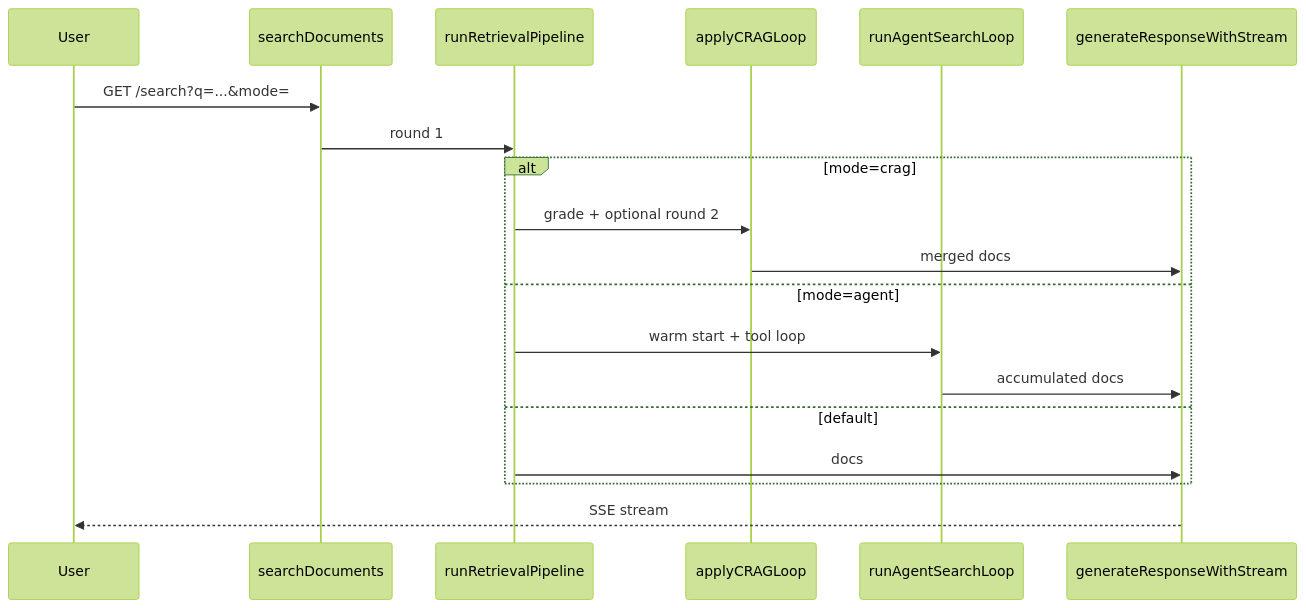
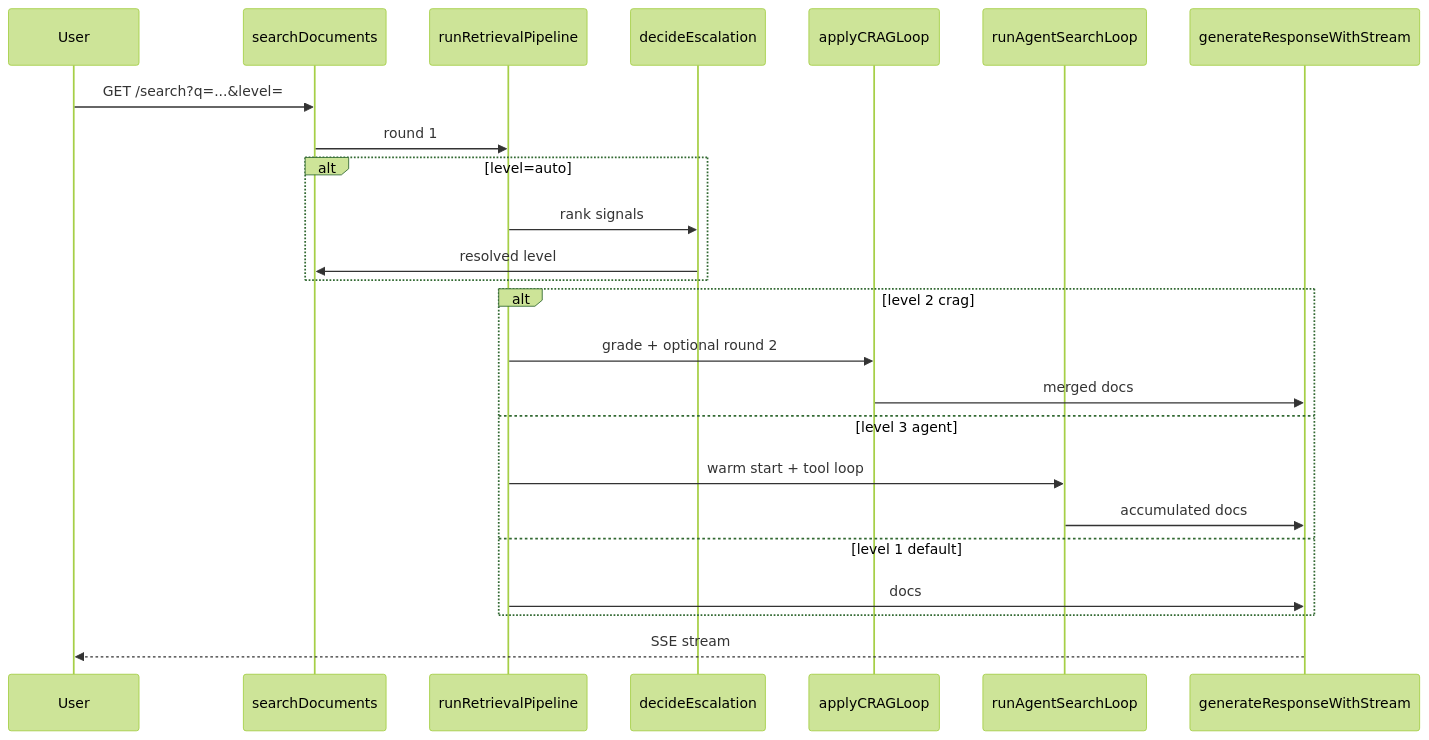
One commit to noematic-eu/rag-agent changed the diagram in docs/agentic-rag.md. Above: the diagram before and after it, drawn with Mermaid (forest theme). The commit also changed other lines of this file and 51 other files, not shown here.

````diff
--- a/docs/agentic-rag.md
+++ b/docs/agentic-rag.md
@@ -64,22 +116,27 @@
 ```mermaid
 sequenceDiagram
     participant User
     participant Search as searchDocuments
     participant Ret as runRetrievalPipeline
+    participant Auto as decideEscalation
     participant CRAG as applyCRAGLoop
     participant Agent as runAgentSearchLoop
     participant Gen as generateResponseWithStream
 
-    User->>Search: GET /search?q=...&mode=
+    User->>Search: GET /search?q=...&level=
     Search->>Ret: round 1
-    alt mode=crag
+    alt level=auto
+        Ret->>Auto: rank signals
+        Auto->>Search: resolved level
+    end
+    alt level 2 crag
         Ret->>CRAG: grade + optional round 2
         CRAG->>Gen: merged docs
-    else mode=agent
+    else level 3 agent
         Ret->>Agent: warm start + tool loop
         Agent->>Gen: accumulated docs
-    else default
+    else level 1 default
         Ret->>Gen: docs
     end
     Gen-->>User: SSE stream
 ```
````
